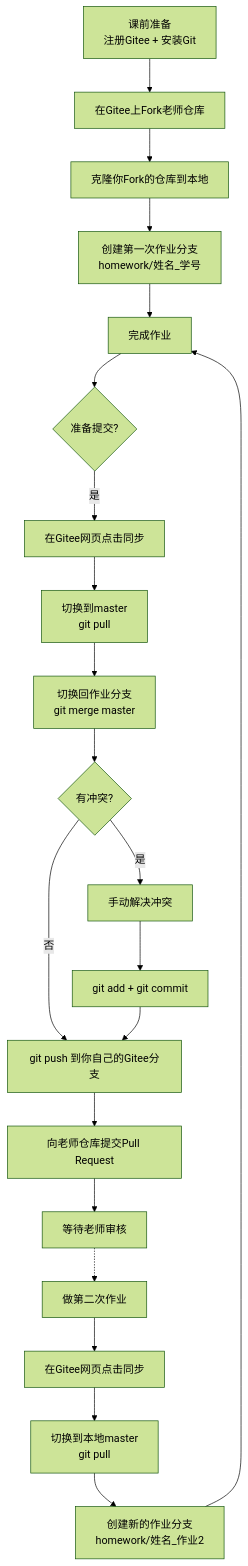
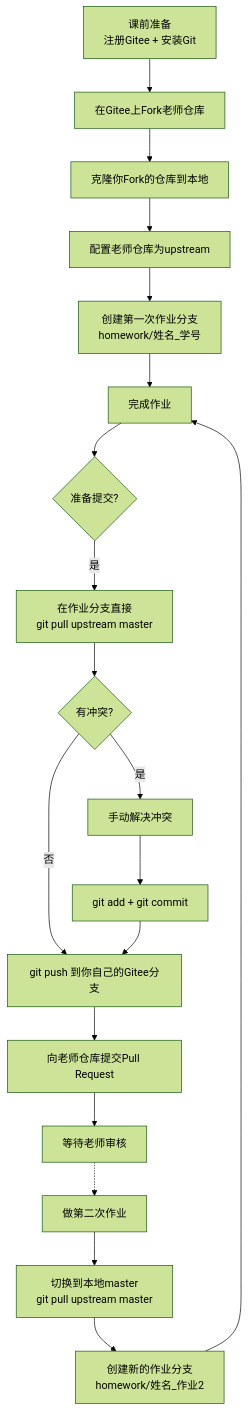
The diagram in README.md (pywww/ai-tool-course-homework-2026), drawn with Mermaid (forest theme) before and after one commit. The commit also changed other lines of this file, not shown here.

````diff
--- a/README.md
+++ b/README.md
@@ -571,23 +567,21 @@
 ```mermaid
 flowchart TD
     A[课前准备<br/>注册Gitee + 安装Git] --> B1[在Gitee上Fork老师仓库]
     B1 --> B2[克隆你Fork的仓库到本地]
-    B2 --> C[创建第一次作业分支<br/>homework/姓名_学号]
+    B2 --> B3[配置老师仓库为upstream]
+    B3 --> C[创建第一次作业分支<br/>homework/姓名_学号]
     C --> D[完成作业]
     D --> E{准备提交?}
-    E -->|是| F1[在Gitee网页点击同步]
-    F1 --> F2[切换到master<br/>git pull]
-    F2 --> G[切换回作业分支<br/>git merge master]
+    E -->|是| G[在作业分支直接<br/>git pull upstream master]
     G --> H{有冲突?}
     H -->|是| I[手动解决冲突]
     I --> J[git add + git commit]
     H -->|否| K[git push 到你自己的Gitee分支]
     J --> K
     K --> L[向老师仓库提交Pull Request]
     L --> M[等待老师审核]
     M -.-> N[做第二次作业]
-    N --> F1_2[在Gitee网页点击同步]
-    F1_2 --> F2_2[切换到本地master<br/>git pull]
+    N --> F2_2[切换到本地master<br/>git pull upstream master]
     F2_2 --> C2[创建新的作业分支<br/>homework/姓名_作业2]
     C2 --> D
 ```
````
